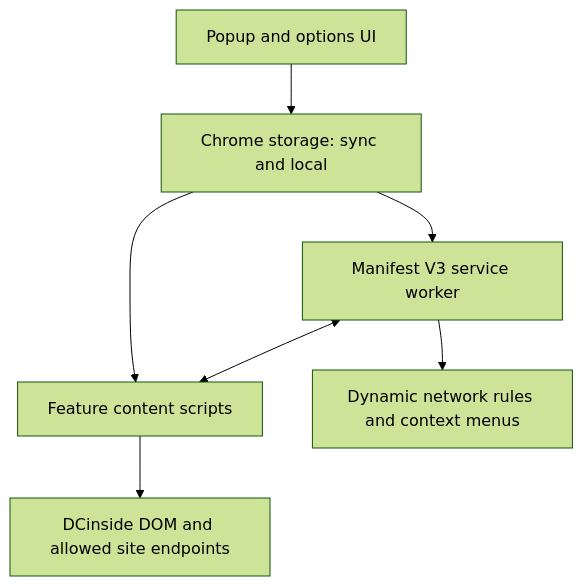
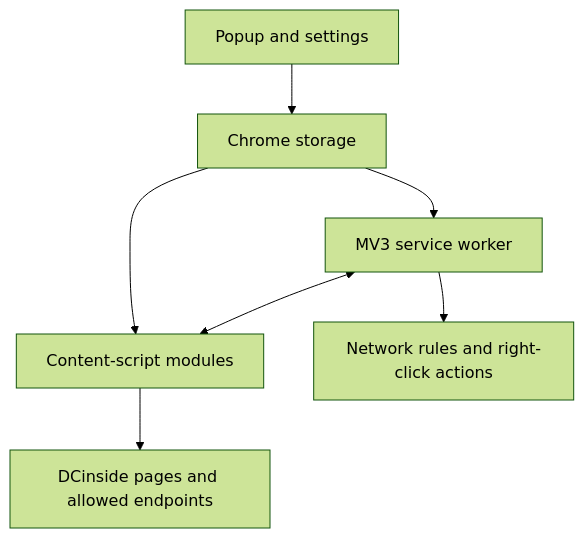
The diagram in README.md (diligencefrozen/DCinside-Gallery-Blocker), drawn with Mermaid (forest theme) before and after one commit. The commit also changed other lines of this file, not shown here.

First line of the commit message:
Revise README for clarity and feature updates

````diff
--- a/README.md
+++ b/README.md
@@ -82,9 +62,9 @@
 ```mermaid
 flowchart TD
-    UI["Popup and options UI"] --> Store["Chrome storage: sync and local"]
-    Store --> SW["Manifest V3 service worker"]
-    Store --> Scripts["Feature content scripts"]
-    SW --> Rules["Dynamic network rules and context menus"]
+    UI["Popup and settings"] --> Store["Chrome storage"]
+    Store --> SW["MV3 service worker"]
+    Store --> Scripts["Content-script modules"]
+    SW --> Rules["Network rules and right-click actions"]
     SW <--> Scripts
-    Scripts --> Site["DCinside DOM and allowed site endpoints"]
+    Scripts --> Site["DCinside pages and allowed endpoints"]
 ```
````
